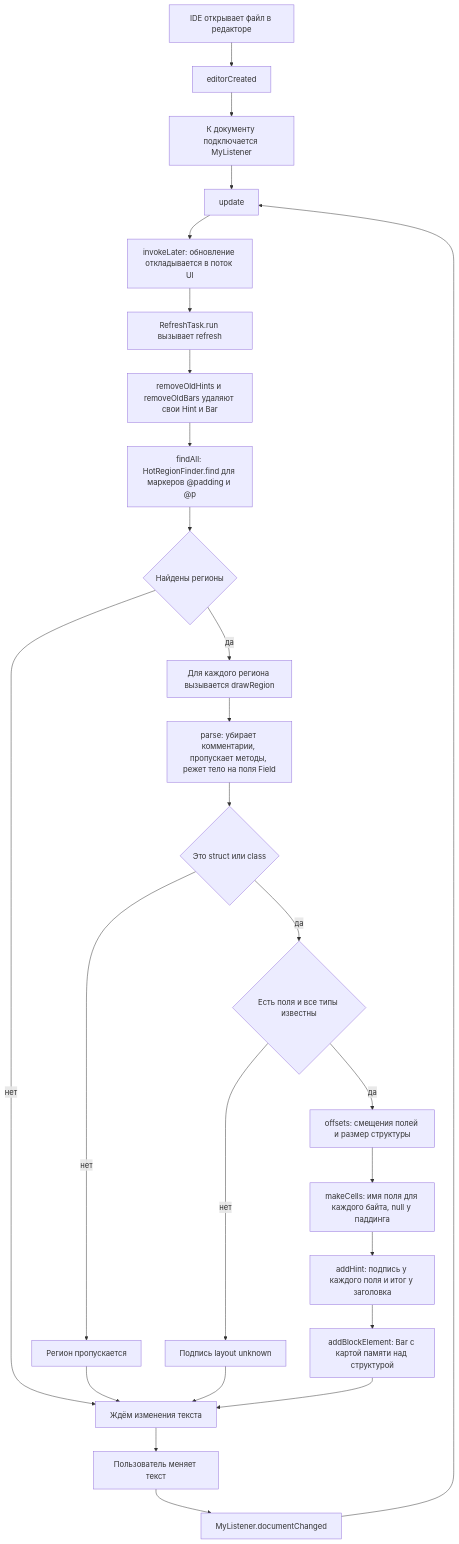
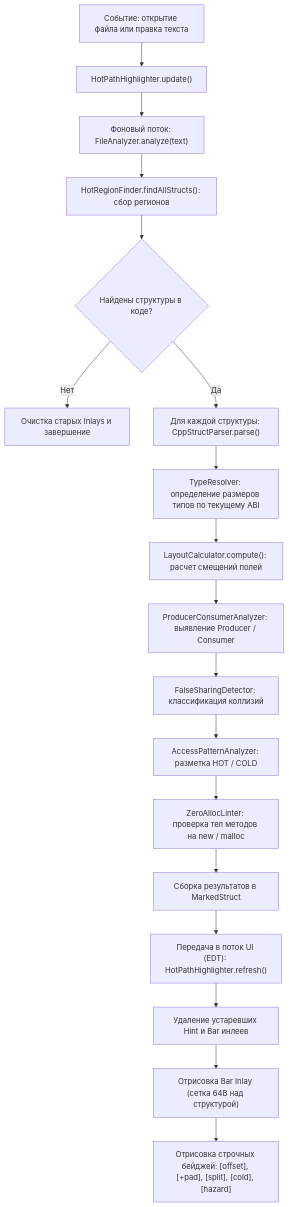
Before and after one commit to irumka/Hot-Path-Highlighter: the second of 3 diagrams in README.md, drawn with Mermaid. The commit also changed other lines of this file and 32 other files, not shown here.

````diff
--- a/README.md
+++ b/README.md
@@ -77,28 +159,20 @@
 ```mermaid
 flowchart TD
-  A["IDE открывает файл в редакторе"] --> B["editorCreated"]
-  B --> C["К документу подключается MyListener"]
-  C --> D["update"]
-  D --> E["invokeLater: обновление откладывается в поток UI"]
-  E --> F["RefreshTask.run вызывает refresh"]
-  F --> G["removeOldHints и removeOldBars удаляют свои Hint и Bar"]
-  G --> H["findAll: HotRegionFinder.find для маркеров @padding и @p"]
-  H --> I{"Найдены регионы"}
-  I -- нет --> R["Ждём изменения текста"]
-  I -- да --> J["Для каждого региона вызывается drawRegion"]
-  J --> K["parse: убирает комментарии, пропускает методы, режет тело на поля Field"]
-  K --> L{"Это struct или class"}
-  L -- нет --> L1["Регион пропускается"]
-  L -- да --> M{"Есть поля и все типы известны"}
-  M -- нет --> M1["Подпись layout unknown"]
-  M -- да --> N["offsets: смещения полей и размер структуры"]
-  N --> O["makeCells: имя поля для каждого байта, null у паддинга"]
-  O --> P["addHint: подпись у каждого поля и итог у заголовка"]
-  P --> Q["addBlockElement: Bar с картой памяти над структурой"]
-  L1 --> R
-  M1 --> R
-  Q --> R
-  R --> S["Пользователь меняет текст"]
-  S --> T["MyListener.documentChanged"]
-  T --> D
+  A["Событие: открытие файла или правка текста"] --> B["HotPathHighlighter.update()"]
+  B --> C["Фоновый поток: FileAnalyzer.analyze(text)"]
+  C --> D["HotRegionFinder.findAllStructs(): сбор регионов"]
+  D --> E{"Найдены структуры в коде?"}
+  E -- Нет --> F["Очистка старых Inlays и завершение"]
+  E -- Да --> G["Для каждой структуры: CppStructParser.parse()"]
+  G --> H["TypeResolver: определение размеров типов по текущему ABI"]
+  H --> I["LayoutCalculator.compute(): расчет смещений полей"]
+  I --> J["ProducerConsumerAnalyzer: выявление Producer / Consumer"]
+  J --> K["FalseSharingDetector: классификация коллизий"]
+  K --> L["AccessPatternAnalyzer: разметка HOT / COLD"]
+  L --> M["ZeroAllocLinter: проверка тел методов на new / malloc"]
+  M --> N["Сборка результатов в MarkedStruct"]
+  N --> O["Передача в поток UI (EDT): HotPathHighlighter.refresh()"]
+  O --> P["Удаление устаревших Hint и Bar инлеев"]
+  P --> Q["Отрисовка Bar Inlay (сетка 64B над структурой)"]
+  Q --> R["Отрисовка строчных бейджей: [offset], [+pad], [split], [cold], [hazard]"]
 ```
````
